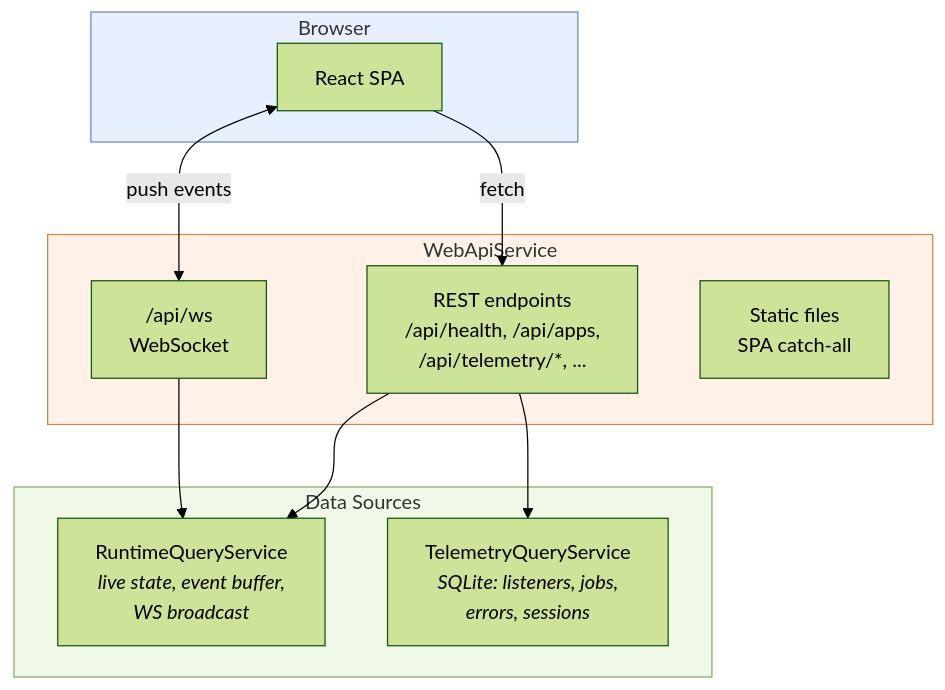
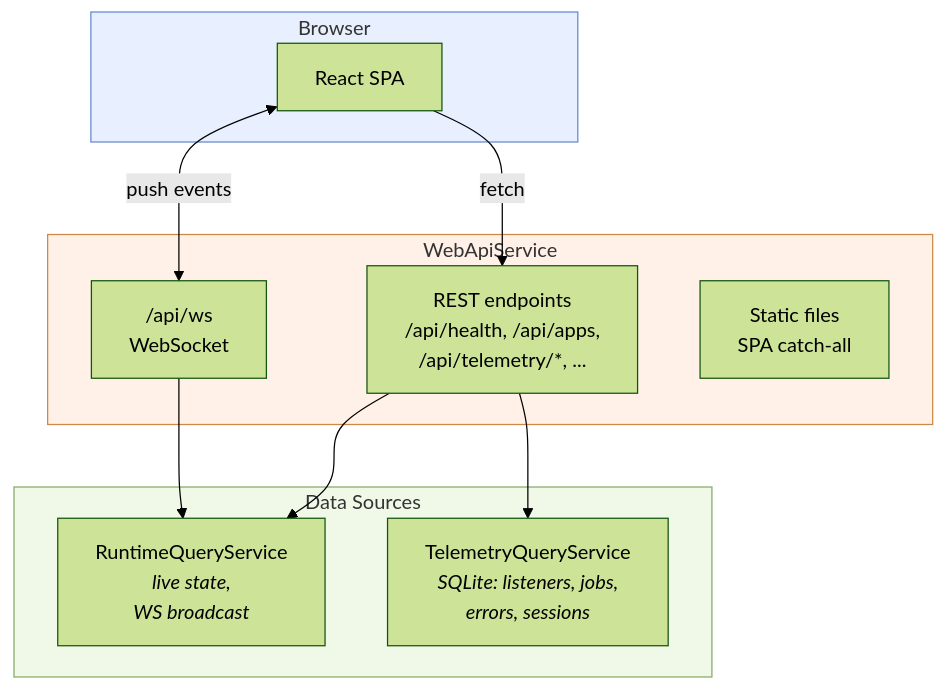
Before and after one commit to NodeJSmith/hassette: the fifth of 5 diagrams in docs/pages/core-concepts/internals/service-details.md, drawn with Mermaid (forest theme). The commit also changed other lines of this file, not shown here.

First line of the commit message:
docs: align service internals docs (#1486)

````diff
--- a/docs/pages/core-concepts/internals/service-details.md
+++ b/docs/pages/core-concepts/internals/service-details.md
@@ -327,29 +335,29 @@
 ```mermaid
 flowchart TD
     accTitle: Web Layer
     accDescr: How the frontend connects to backend data sources
 
     subgraph browser["Browser"]
         SPA["React SPA"]
     end
 
     subgraph server["WebApiService"]
         rest["REST endpoints<br/>/api/health, /api/apps,<br/>/api/telemetry/*, ..."]
         ws["/api/ws<br/>WebSocket"]
         static["Static files<br/>SPA catch-all"]
     end
 
     subgraph data["Data Sources"]
-        RQS["RuntimeQueryService<br/><i>live state, event buffer,<br/>WS broadcast</i>"]
+        RQS["RuntimeQueryService<br/><i>live state,<br/>WS broadcast</i>"]
         TQS["TelemetryQueryService<br/><i>SQLite: listeners, jobs,<br/>errors, sessions</i>"]
     end
 
     SPA -- "fetch" --> rest
     SPA <-- "push events" --> ws
     rest --> RQS & TQS
     ws --> RQS
 
     style browser fill:#e8f0ff,stroke:#6688cc
     style server fill:#fff0e8,stroke:#cc8844
     style data fill:#f0f8e8,stroke:#88aa66
 ```
````
